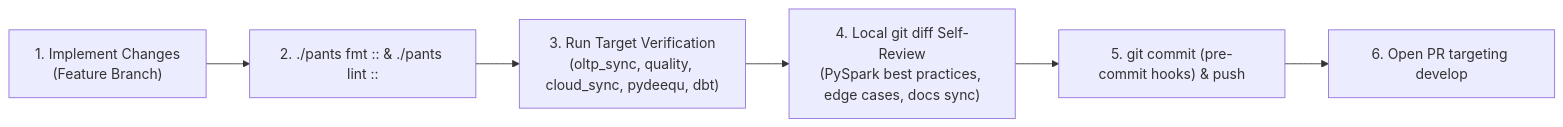
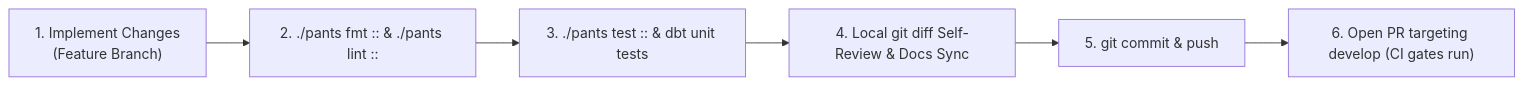
Before and after one commit to JayKay24/data-engineering: the second of 2 diagrams in docs/wiki/Testing-and-Quality-Gates.md, drawn with Mermaid. The commit also changed other lines of this file and 77 other files, not shown here.

````diff
--- a/docs/wiki/Testing-and-Quality-Gates.md
+++ b/docs/wiki/Testing-and-Quality-Gates.md
@@ -117,8 +98,8 @@
 ```mermaid
 flowchart LR
   Code["1. Implement Changes<br/>(Feature Branch)"] --> Format["2. ./pants fmt :: & ./pants lint ::"]
-  Format --> Verify["3. Run Target Verification<br/>(oltp_sync, quality, cloud_sync, pydeequ, dbt)"]
-  Verify --> Diff["4. Local git diff Self-Review<br/>(PySpark best practices, edge cases, docs sync)"]
-  Diff --> Commit["5. git commit (pre-commit hooks) & push"]
-  Commit --> PR["6. Open PR targeting develop"]
+  Format --> Tests["3. ./pants test :: & dbt unit tests"]
+  Tests --> Diff["4. Local git diff Self-Review & Docs Sync"]
+  Diff --> Commit["5. git commit & push"]
+  Commit --> PR["6. Open PR targeting develop (CI gates run)"]
 ```
````
